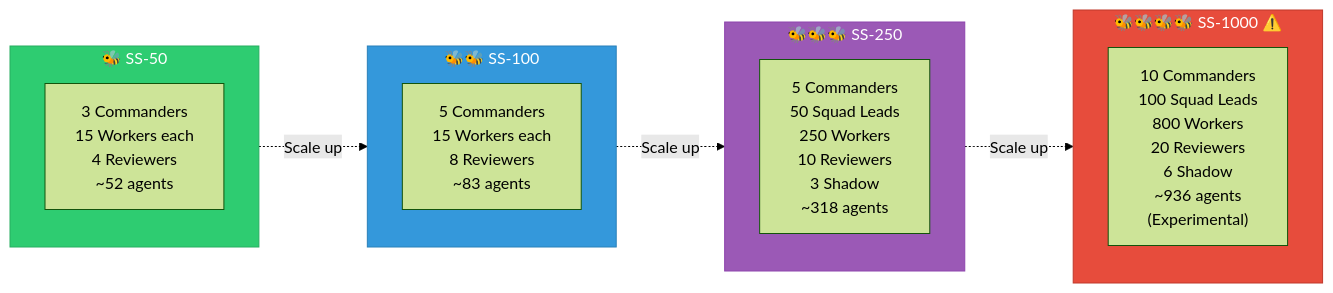
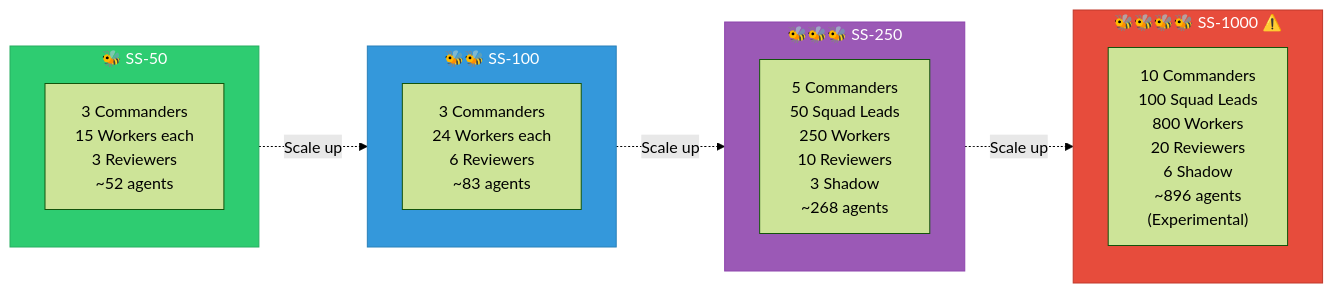
One commit to DUBSOpenHub/swarm-command changed the seventh of 7 diagrams in docs/architecture-diagrams.md. Above: the diagram before and after it, drawn with Mermaid (forest theme). The commit also changed 5 other files, not shown here.

````diff
--- a/docs/architecture-diagrams.md
+++ b/docs/architecture-diagrams.md
@@ -241,27 +241,27 @@
 ```mermaid
 graph LR
     subgraph SS50["🐝 SS-50"]
-        A50["3 Commanders<br/>15 Workers each<br/>4 Reviewers<br/>~52 agents"]
+        A50["3 Commanders<br/>15 Workers each<br/>3 Reviewers<br/>~52 agents"]
     end
 
     subgraph SS100["🐝🐝 SS-100"]
-        A100["5 Commanders<br/>15 Workers each<br/>8 Reviewers<br/>~83 agents"]
+        A100["3 Commanders<br/>24 Workers each<br/>6 Reviewers<br/>~83 agents"]
     end
 
     subgraph SS250["🐝🐝🐝 SS-250"]
-        A250["5 Commanders<br/>50 Squad Leads<br/>250 Workers<br/>10 Reviewers<br/>3 Shadow<br/>~318 agents"]
+        A250["5 Commanders<br/>50 Squad Leads<br/>250 Workers<br/>10 Reviewers<br/>3 Shadow<br/>~268 agents"]
     end
 
     subgraph SS1000["🐝🐝🐝🐝 SS-1000 ⚠️"]
-        A1000["10 Commanders<br/>100 Squad Leads<br/>800 Workers<br/>20 Reviewers<br/>6 Shadow<br/>~936 agents<br/>(Experimental)"]
+        A1000["10 Commanders<br/>100 Squad Leads<br/>800 Workers<br/>20 Reviewers<br/>6 Shadow<br/>~896 agents<br/>(Experimental)"]
     end
 
     SS50 -.->|"Scale up"| SS100
     SS100 -.->|"Scale up"| SS250
     SS250 -.->|"Scale up"| SS1000
 
     style SS50 fill:#2ecc71,stroke:#27ae60,color:#fff
     style SS100 fill:#3498db,stroke:#2980b9,color:#fff
     style SS250 fill:#9b59b6,stroke:#8e44ad,color:#fff
     style SS1000 fill:#e74c3c,stroke:#c0392b,color:#fff
 ```
````
